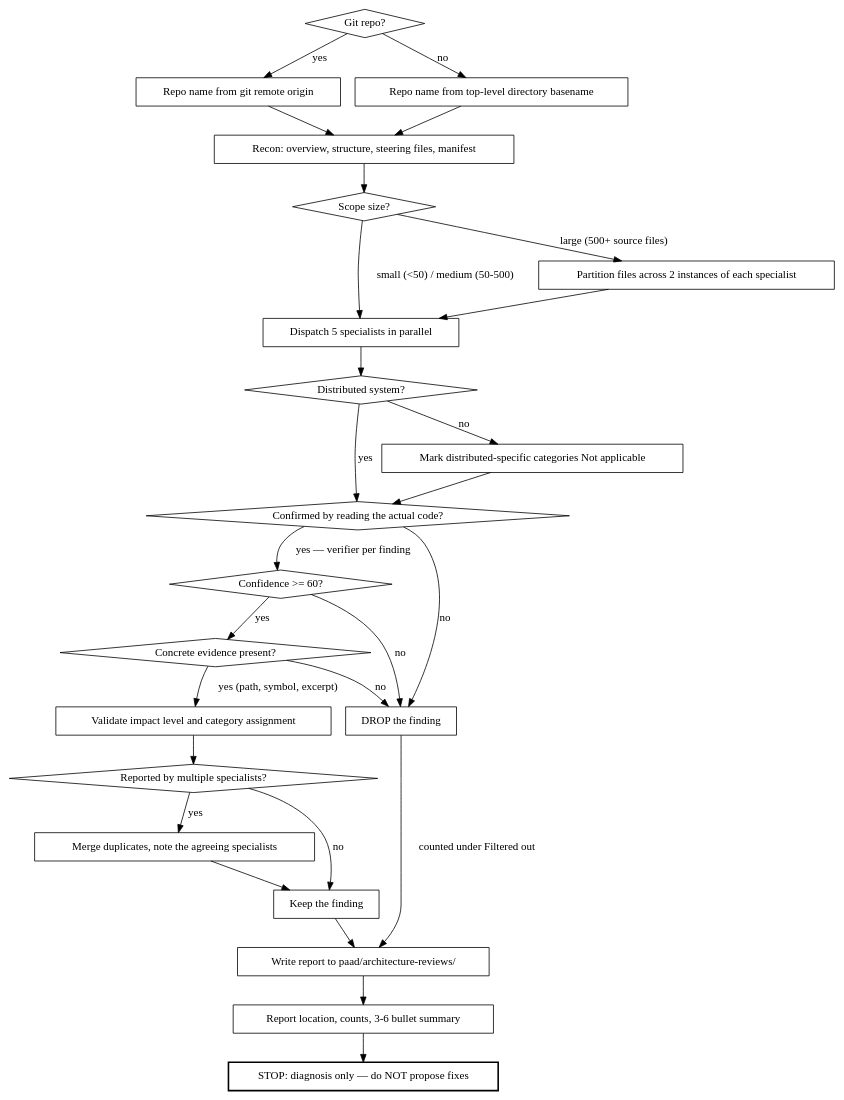
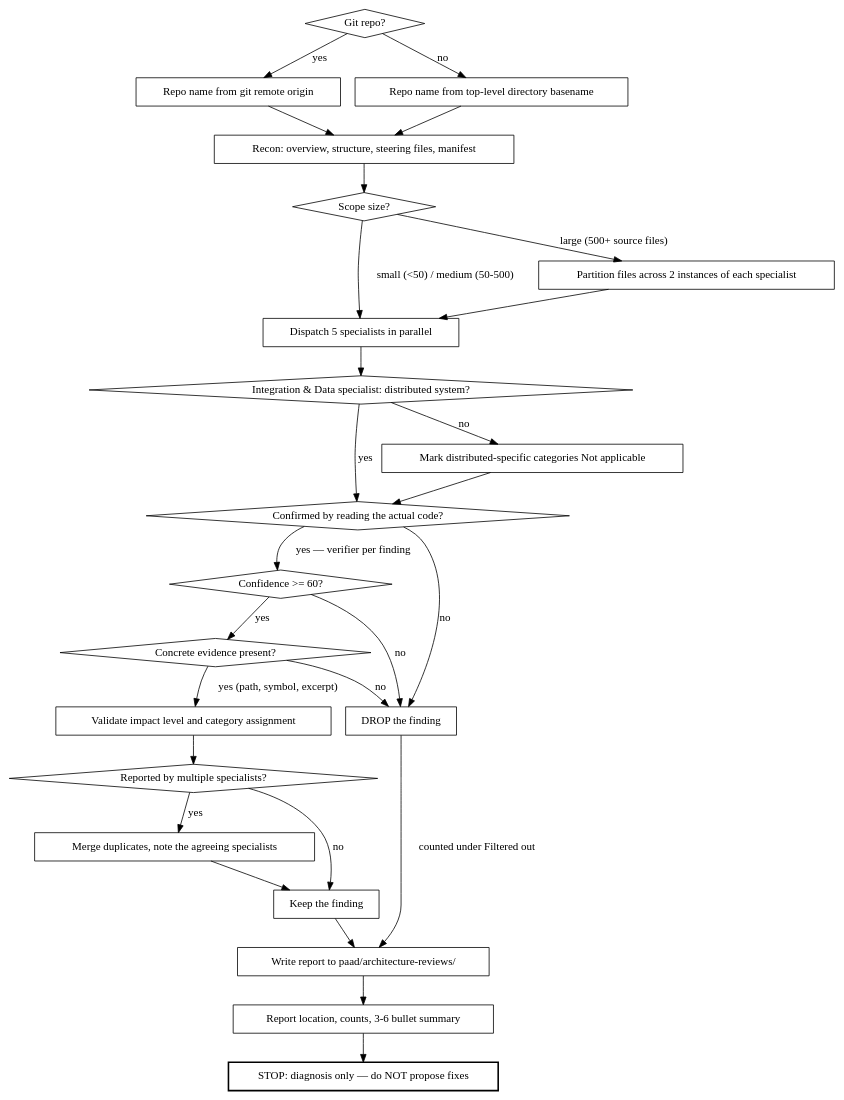
The second of 2 diagrams in plugins/paad/skills/agentic-architecture/SKILL.md (Ovid/paad), drawn with Graphviz before and after one commit. The commit also changed 2 other files, not shown here.

Commit message:
makefile/architecture/alignment: three review corrections
makefile: draw the cover watch-mode gate — getting it wrong hangs the build,
which outranks the output-verbosity decision that was drawn instead.

agentic-architecture: the distributed-system check lives inside the
Integration & Data specialist's prompt, not in the orchestrator between
Phase 2 and Phase 3; relabelled to say whose decision it is.

alignment: hoist the saved-to-files check above the update-vs-report fork,
matching both the prose ('then proceed with the chosen output option') and
the identical construct in pushback.

````diff
--- a/plugins/paad/skills/agentic-architecture/SKILL.md
+++ b/plugins/paad/skills/agentic-architecture/SKILL.md
@@ -43,55 +43,55 @@
 ```dot
 digraph analysis_flow {
   "Git repo?" [shape=diamond];
   "Scope size?" [shape=diamond];
-  "Distributed system?" [shape=diamond];
+  "Integration & Data specialist: distributed system?" [shape=diamond];
   "Confirmed by reading the actual code?" [shape=diamond];
   "Confidence >= 60?" [shape=diamond];
   "Concrete evidence present?" [shape=diamond];
   "Reported by multiple specialists?" [shape=diamond];
 
   "Repo name from git remote origin" [shape=box];
   "Repo name from top-level directory basename" [shape=box];
   "Recon: overview, structure, steering files, manifest" [shape=box];
   "Dispatch 5 specialists in parallel" [shape=box];
   "Partition files across 2 instances of each specialist" [shape=box];
   "Mark distributed-specific categories Not applicable" [shape=box];
   "Validate impact level and category assignment" [shape=box];
   "Merge duplicates, note the agreeing specialists" [shape=box];
   "DROP the finding" [shape=box];
   "Keep the finding" [shape=box];
   "Write report to paad/architecture-reviews/" [shape=box];
   "Report location, counts, 3-6 bullet summary" [shape=box];
   "STOP: diagnosis only — do NOT propose fixes" [shape=box, style=bold];
 
   "Git repo?" -> "Repo name from git remote origin" [label="yes"];
   "Git repo?" -> "Repo name from top-level directory basename" [label="no"];
   "Repo name from git remote origin" -> "Recon: overview, structure, steering files, manifest";
   "Repo name from top-level directory basename" -> "Recon: overview, structure, steering files, manifest";
   "Recon: overview, structure, steering files, manifest" -> "Scope size?";
 
   "Scope size?" -> "Dispatch 5 specialists in parallel" [label="small (<50) / medium (50-500)"];
   "Scope size?" -> "Partition files across 2 instances of each specialist" [label="large (500+ source files)"];
   "Partition files across 2 instances of each specialist" -> "Dispatch 5 specialists in parallel";
-  "Dispatch 5 specialists in parallel" -> "Distributed system?";
-  "Distributed system?" -> "Confirmed by reading the actual code?" [label="yes"];
-  "Distributed system?" -> "Mark distributed-specific categories Not applicable" [label="no"];
+  "Dispatch 5 specialists in parallel" -> "Integration & Data specialist: distributed system?";
+  "Integration & Data specialist: distributed system?" -> "Confirmed by reading the actual code?" [label="yes"];
+  "Integration & Data specialist: distributed system?" -> "Mark distributed-specific categories Not applicable" [label="no"];
   "Mark distributed-specific categories Not applicable" -> "Confirmed by reading the actual code?";
 
   "Confirmed by reading the actual code?" -> "Confidence >= 60?" [label="yes — verifier per finding"];
   "Confirmed by reading the actual code?" -> "DROP the finding" [label="no"];
   "Confidence >= 60?" -> "Concrete evidence present?" [label="yes"];
   "Confidence >= 60?" -> "DROP the finding" [label="no"];
   "Concrete evidence present?" -> "Validate impact level and category assignment" [label="yes (path, symbol, excerpt)"];
   "Concrete evidence present?" -> "DROP the finding" [label="no"];
   "Validate impact level and category assignment" -> "Reported by multiple specialists?";
   "Reported by multiple specialists?" -> "Merge duplicates, note the agreeing specialists" [label="yes"];
   "Reported by multiple specialists?" -> "Keep the finding" [label="no"];
   "Merge duplicates, note the agreeing specialists" -> "Keep the finding";
 
   "Keep the finding" -> "Write report to paad/architecture-reviews/";
   "DROP the finding" -> "Write report to paad/architecture-reviews/" [label="counted under Filtered out"];
   "Write report to paad/architecture-reviews/" -> "Report location, counts, 3-6 bullet summary";
   "Report location, counts, 3-6 bullet summary" -> "STOP: diagnosis only — do NOT propose fixes";
 }
 ```
````
